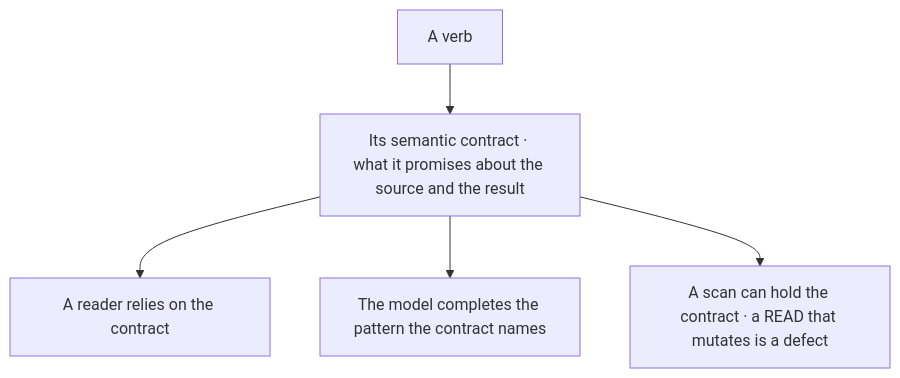
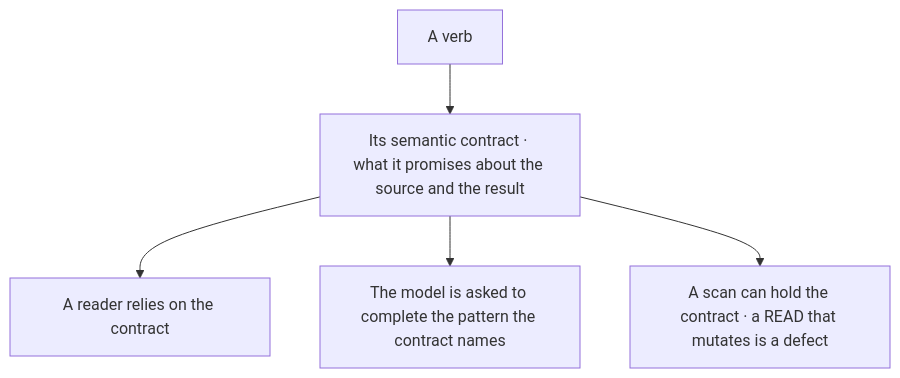
Before and after one commit to Varietyz/Disciplined-AI-Software-Development: the first of 10 diagrams in pag/PATTERNS.md, drawn with Mermaid. The commit also changed other lines of this file and 25 other files, not shown here.

````diff
--- a/pag/PATTERNS.md
+++ b/pag/PATTERNS.md
@@ -73,12 +75,12 @@
 ```mermaid
 flowchart TB
 verb["A verb"]
 guarantee["Its semantic contract · what it promises about the source and the result"]
 reader["A reader relies on the contract"]
-model["The model completes the pattern the contract names"]
+model["The model is asked to complete the pattern the contract names"]
 check["A scan can hold the contract · a READ that mutates is a defect"]
 verb --> guarantee
 guarantee --> reader
 guarantee --> model
 guarantee --> check
 ```
````
